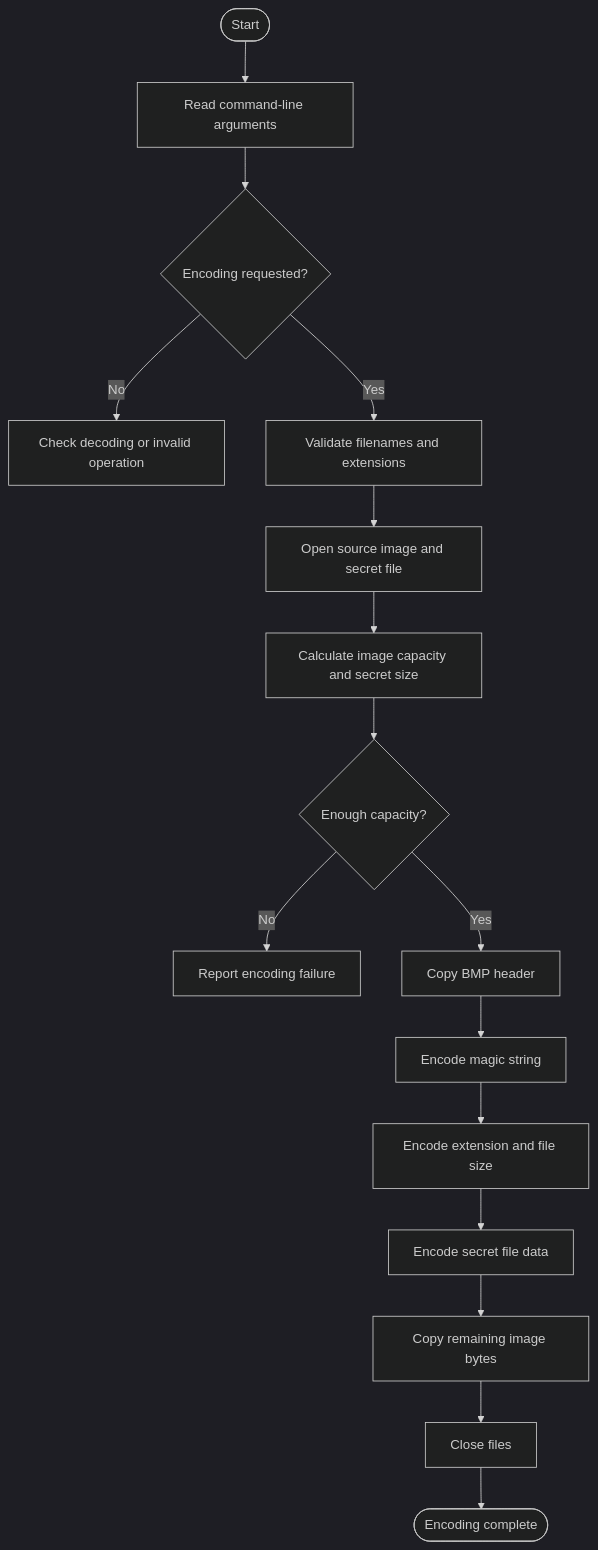
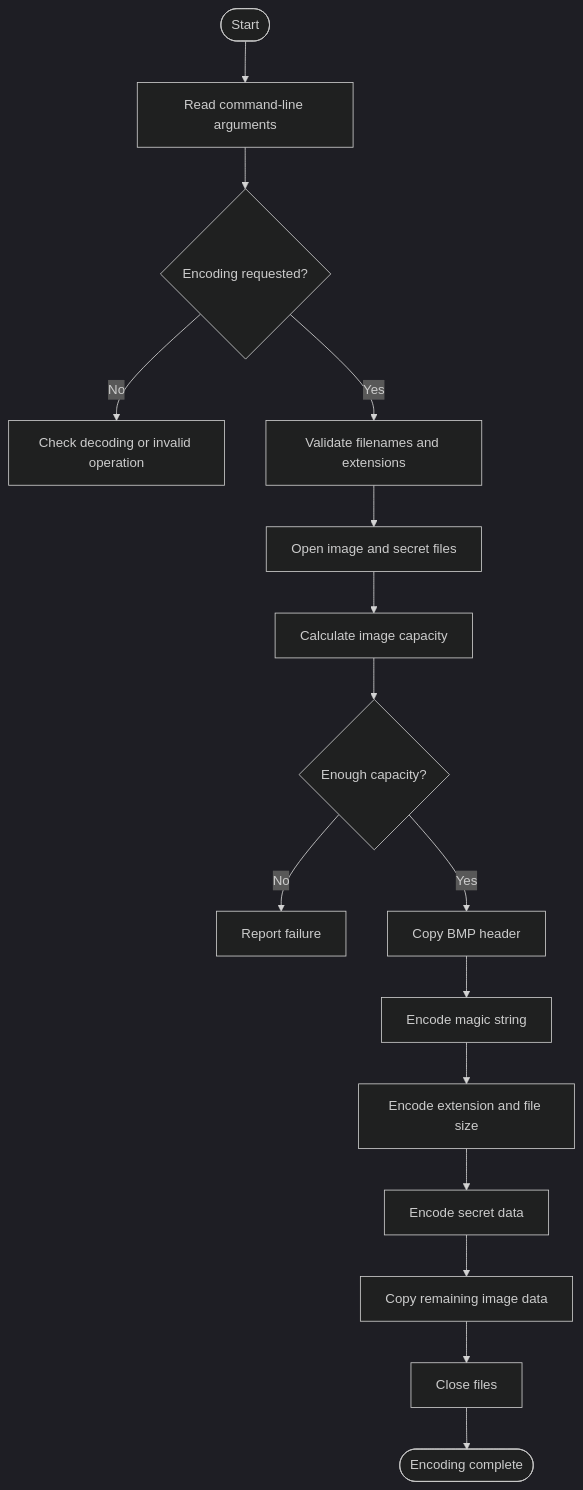
One commit to uppalapati-Ajay/Image-Steganography-in-C changed the first of 2 diagrams in README.md. Above: the diagram before and after it, drawn with Mermaid (dark theme). The commit also changed other lines of this file, not shown here.

````diff
--- a/README.md
+++ b/README.md
@@ -218,18 +202,18 @@
 ```mermaid
 flowchart TD
     A([Start]) --> B[Read command-line arguments]
     B --> C{Encoding requested?}
     C -- No --> X[Check decoding or invalid operation]
     C -- Yes --> D[Validate filenames and extensions]
-    D --> E[Open source image and secret file]
-    E --> F[Calculate image capacity and secret size]
+    D --> E[Open image and secret files]
+    E --> F[Calculate image capacity]
     F --> G{Enough capacity?}
-    G -- No --> H[Report encoding failure]
+    G -- No --> H[Report failure]
     G -- Yes --> I[Copy BMP header]
     I --> J[Encode magic string]
     J --> K[Encode extension and file size]
-    K --> L[Encode secret file data]
-    L --> M[Copy remaining image bytes]
+    K --> L[Encode secret data]
+    L --> M[Copy remaining image data]
     M --> N[Close files]
     N --> O([Encoding complete])
 ```
````
